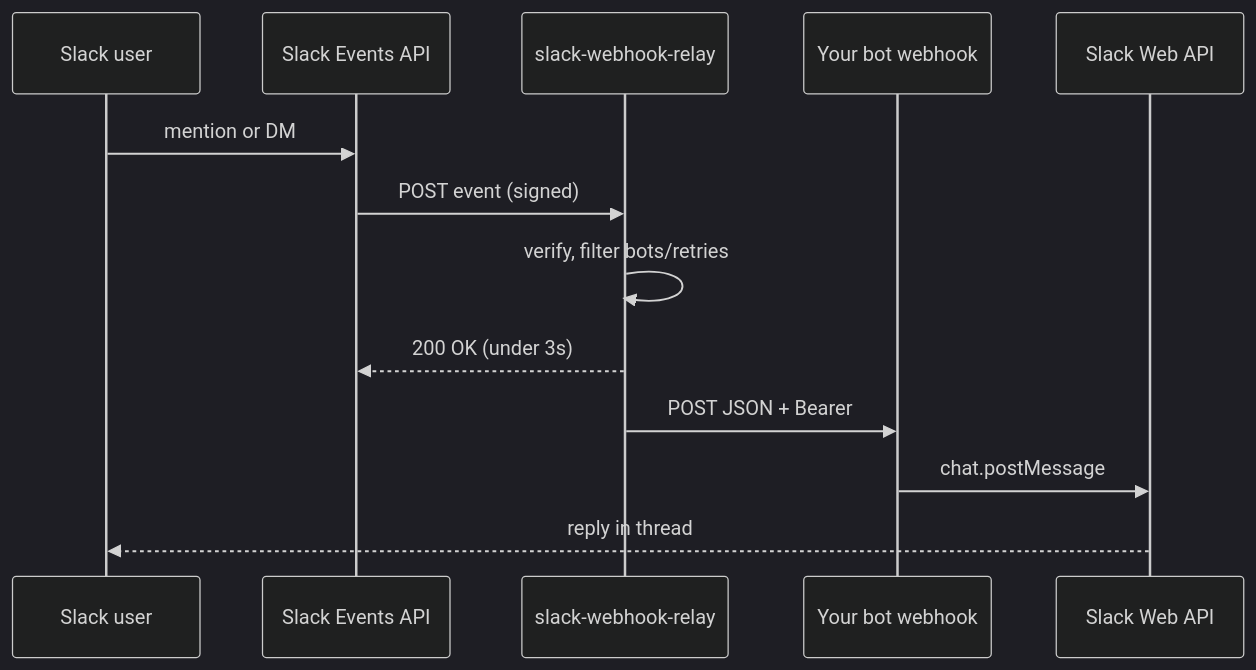
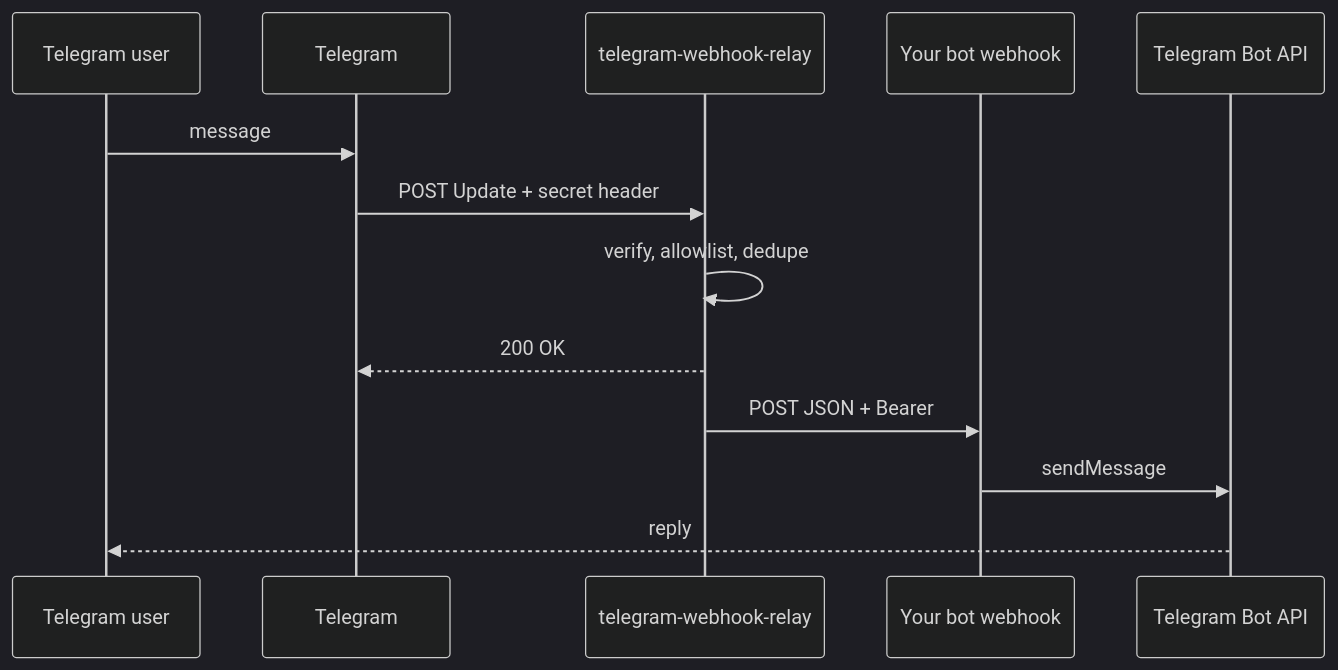
Before and after one commit to xiaopai20/easy-ai-bot-bridge: the diagram in README.md, drawn with Mermaid (dark theme). The commit also changed other lines of this file and 15 other files, not shown here.

First line of the commit message:
Add telegram-webhook-relay bridge

````diff
--- a/README.md
+++ b/README.md
@@ -23,15 +28,15 @@
 ```mermaid
 sequenceDiagram
-  participant U as Slack user
-  participant S as Slack Events API
-  participant R as slack-webhook-relay
+  participant U as Telegram user
+  participant T as Telegram
+  participant R as telegram-webhook-relay
   participant B as Your bot webhook
-  participant API as Slack Web API
-  U->>S: mention or DM
-  S->>R: POST event (signed)
-  R->>R: verify, filter bots/retries
-  R-->>S: 200 OK (under 3s)
+  participant API as Telegram Bot API
+  U->>T: message
+  T->>R: POST Update + secret header
+  R->>R: verify, allowlist, dedupe
+  R-->>T: 200 OK
   R->>B: POST JSON + Bearer
-  B->>API: chat.postMessage
-  API-->>U: reply in thread
+  B->>API: sendMessage
+  API-->>U: reply
 ```
````
